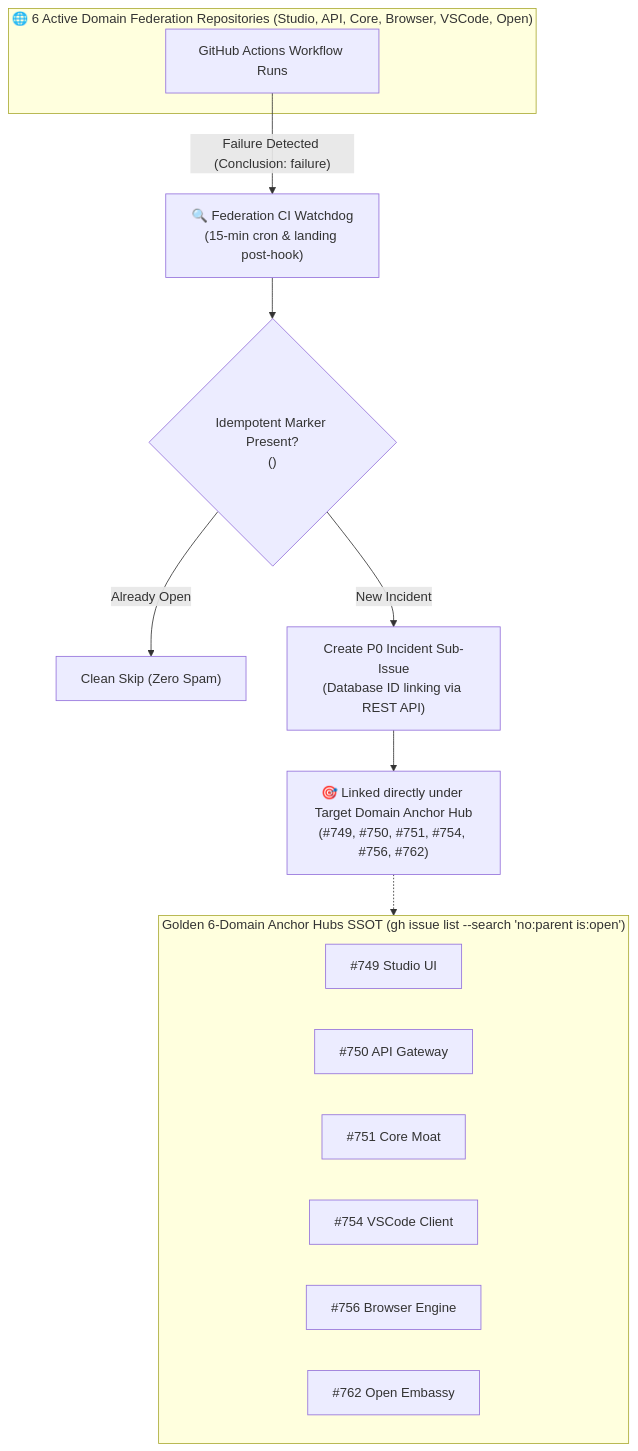
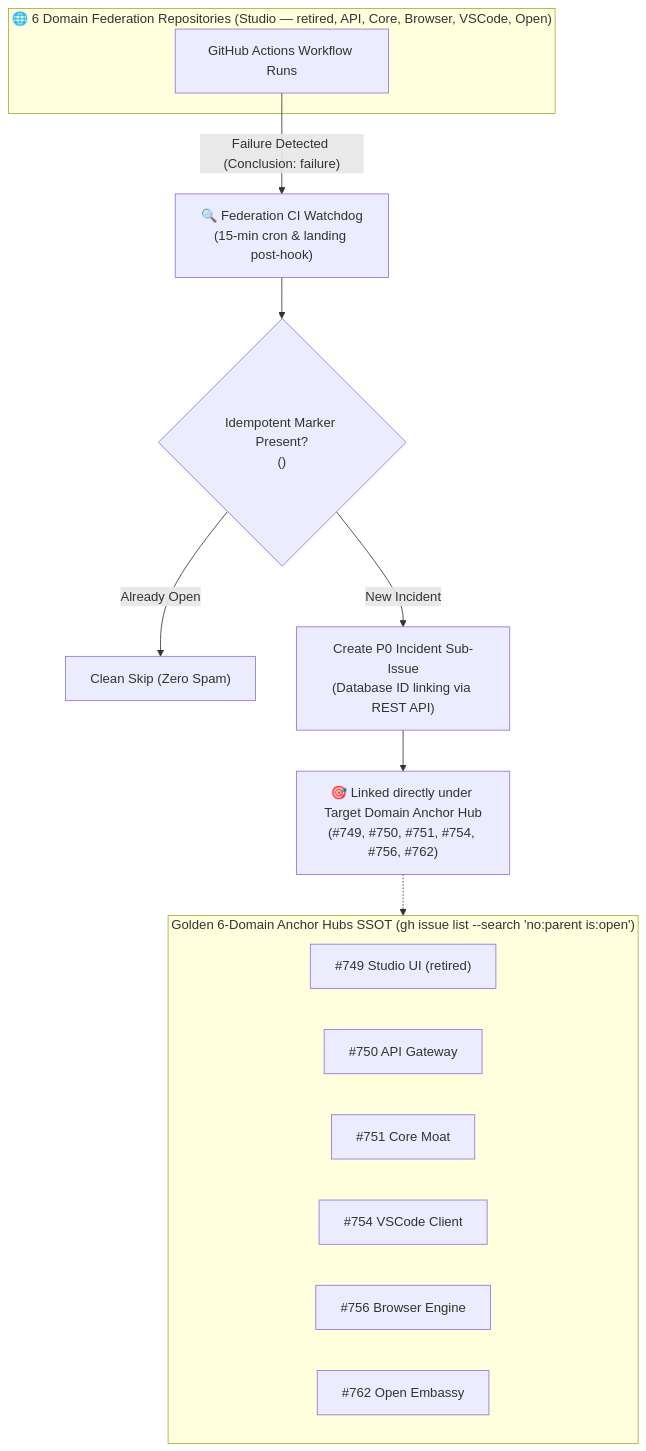
One commit to Supremeai-bd/supremeai changed the fourth of 4 diagrams in README.md. Above: the diagram before and after it, drawn with Mermaid. The commit also changed other lines of this file and 71 other files, not shown here.

````diff
--- a/README.md
+++ b/README.md
@@ -120,25 +120,25 @@
 ```mermaid
 flowchart TD
-    subgraph ALL_SATS ["🌐 6 Active Domain Federation Repositories (Studio, API, Core, Browser, VSCode, Open)"]
+    subgraph ALL_SATS ["🌐 6 Domain Federation Repositories (Studio — retired, API, Core, Browser, VSCode, Open)"]
         RUNS["GitHub Actions Workflow Runs"]
     end
 
     RUNS -->|"Failure Detected (Conclusion: failure)"| WATCHDOG["🔍 Federation CI Watchdog<br>(15-min cron & landing post-hook)"]
     
     WATCHDOG --> DEDUP{"Idempotent Marker Present?<br>(<!-- MIRROR_RUN: ... -->)"}
     DEDUP -- "Already Open" --> NOOP["Clean Skip (Zero Spam)"]
     DEDUP -- "New Incident" --> INGEST["Create P0 Incident Sub-Issue<br>(Database ID linking via REST API)"]
     
     INGEST --> DOMAIN_ANCHOR["🎯 Linked directly under Target Domain Anchor Hub<br>(#749, #750, #751, #754, #756, #762)"]
     
     subgraph BOARD ["Golden 6-Domain Anchor Hubs SSOT (gh issue list --search 'no:parent is:open')"]
-        H749["#749 Studio UI"]
+        H749["#749 Studio UI (retired)"]
         H750["#750 API Gateway"]
         H751["#751 Core Moat"]
         H754["#754 VSCode Client"]
         H756["#756 Browser Engine"]
         H762["#762 Open Embassy"]
     end
     
     DOMAIN_ANCHOR -.-> BOARD
 ```
````
